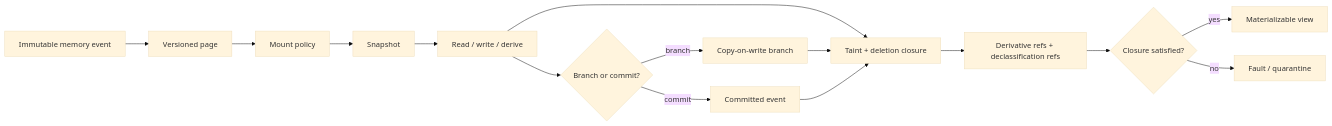
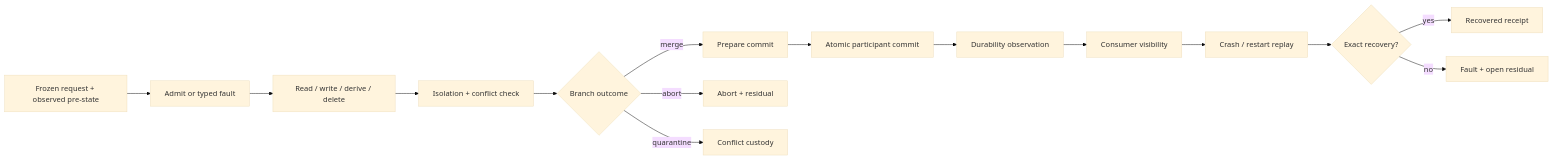
One commit to corbensorenson/asi-stack-book changed the diagram in chapters/context-transactions-snapshots-mounts-and-taint.qmd. Above: the diagram before and after it, drawn with Mermaid (base theme). The commit also changed other lines of this file and 723 other files, not shown here.

````diff
--- a/chapters/context-transactions-snapshots-mounts-and-taint.qmd
+++ b/chapters/context-transactions-snapshots-mounts-and-taint.qmd
@@ -127,17 +249,17 @@
 ```{mermaid}
 flowchart LR
-  A["Immutable memory event"] --> B["Versioned page"]
-  B --> C["Mount policy"]
-  C --> D["Snapshot"]
-  D --> E["Read / write / derive"]
-  E --> F{"Branch or commit?"}
-  F -- "branch" --> G["Copy-on-write branch"]
-  F -- "commit" --> H["Committed event"]
-  E --> I["Taint + deletion closure"]
-  G --> I
-  H --> I
-  I --> J["Derivative refs + declassification refs"]
-  J --> K{"Closure satisfied?"}
-  K -- "yes" --> L["Materializable view"]
-  K -- "no" --> M["Fault / quarantine"]
+  A["Frozen request + observed pre-state"] --> B["Admit or typed fault"]
+  B --> C["Read / write / derive / delete"]
+  C --> D["Isolation + conflict check"]
+  D --> E{"Branch outcome"}
+  E -- "merge" --> F["Prepare commit"]
+  E -- "abort" --> G["Abort + residual"]
+  E -- "quarantine" --> H["Conflict custody"]
+  F --> I["Atomic participant commit"]
+  I --> J["Durability observation"]
+  J --> K["Consumer visibility"]
+  K --> L["Crash / restart replay"]
+  L --> M{"Exact recovery?"}
+  M -- "yes" --> N["Recovered receipt"]
+  M -- "no" --> O["Fault + open residual"]
 ```
````
